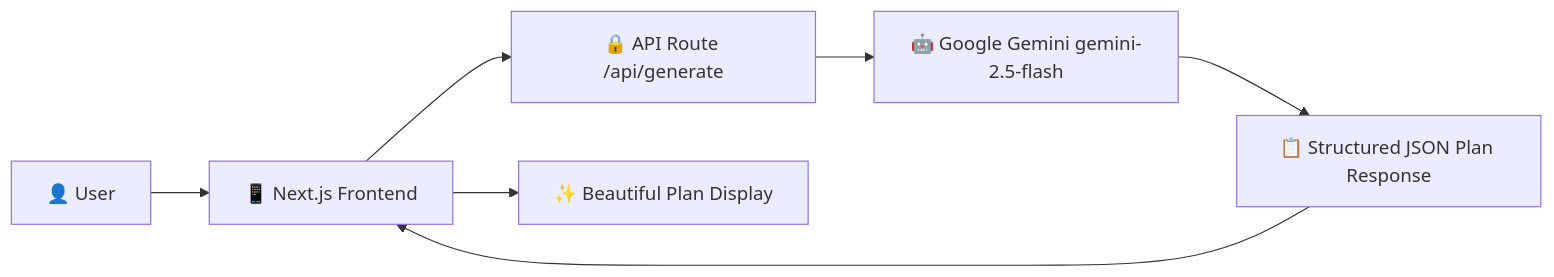
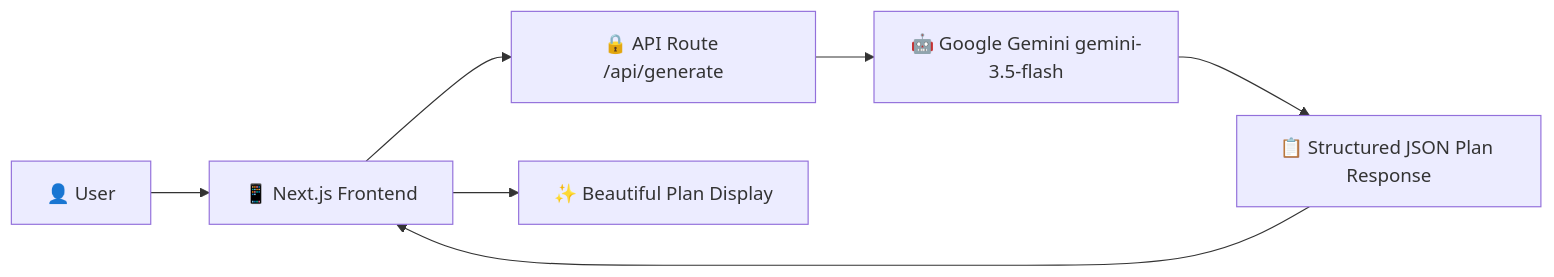
One commit to ritzzcodes/monsoon-assist changed the diagram in README.md. Above: the diagram before and after it, drawn with Mermaid. The commit also changed other lines of this file and 4 other files, not shown here.

````diff
--- a/README.md
+++ b/README.md
@@ -53,9 +53,9 @@
 ```mermaid
 flowchart LR
     A["👤 User"] --> B["📱 Next.js Frontend"]
     B --> C["🔒 API Route /api/generate"]
-    C --> D["🤖 Google Gemini gemini-2.5-flash"]
+    C --> D["🤖 Google Gemini gemini-3.5-flash"]
     D --> E["📋 Structured JSON Plan Response"]
     E --> B
     B --> F["✨ Beautiful Plan Display"]
 ```
````
